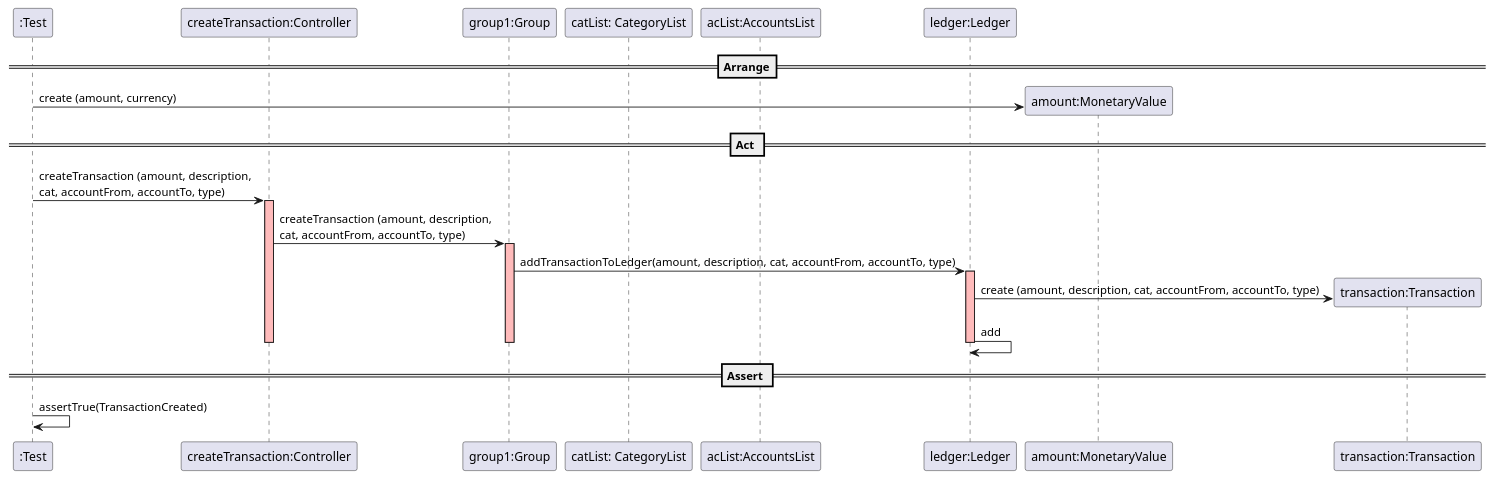
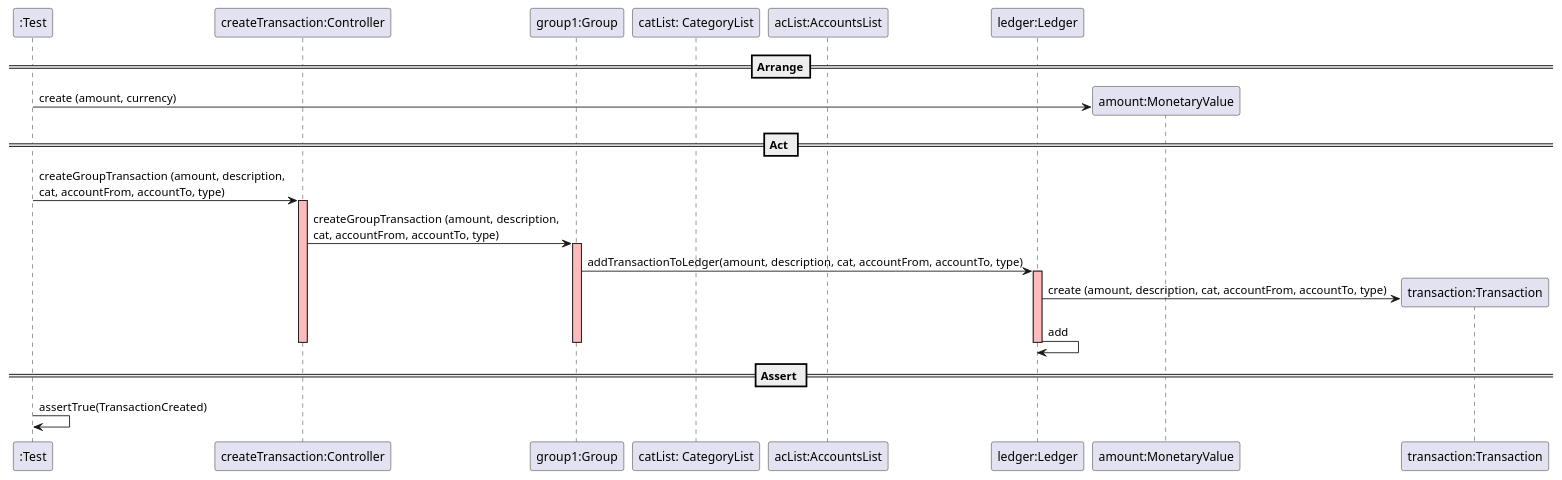
The diagram in docs/SequenceDiagram - US008.1.puml (mleitaoribeiro/DevOpsMaven), drawn with PlantUML before and after one commit. The commit also changed 1 other file, not shown here.

Commit message:
fixes #372, fixes #371 - class and sequence diagram

```diff
--- a/docs/SequenceDiagram - US008.1.puml
+++ b/docs/SequenceDiagram - US008.1.puml
@@ -1,37 +1,37 @@
 @startuml
 create ":Test"
 
 ==Arrange==
 create "createTransaction:Controller"
 create "group1:Group"
 create "catList: CategoryList"
 create "acList:AccountsList"
 create "ledger:Ledger"
 
 create "amount:MonetaryValue"
 ":Test" -> "amount:MonetaryValue" : create (amount, currency)
 
 == Act ==
 
-":Test" -> "createTransaction:Controller" : createTransaction (amount, description, \ncat, accountFrom, accountTo, type)
+":Test" -> "createTransaction:Controller" : createGroupTransaction (amount, description, \ncat, accountFrom, accountTo, type)
 activate "createTransaction:Controller"  #FFBBBB
 
-"createTransaction:Controller" -> "group1:Group" : createTransaction (amount, description, \ncat, accountFrom, accountTo, type)
+"createTransaction:Controller" -> "group1:Group" : createGroupTransaction (amount, description, \ncat, accountFrom, accountTo, type)
 activate "group1:Group"  #FFBBBB
 
 "group1:Group" -> "ledger:Ledger" : addTransactionToLedger(amount, description, cat, accountFrom, accountTo, type)
 activate "ledger:Ledger"  #FFBBBB
 
 create "transaction:Transaction"
 "ledger:Ledger" -> "transaction:Transaction" : create (amount, description, cat, accountFrom, accountTo, type)
 
 "ledger:Ledger" -> "ledger:Ledger": add
 deactivate "ledger:Ledger"  #FFBBBB
 deactivate "group1:Group"  #FFBBBB
 deactivate "createTransaction:Controller"  #FFBBBB
 
 == Assert ==
 
 ":Test" -> ":Test" : assertTrue(TransactionCreated)
 
 @enduml
```
